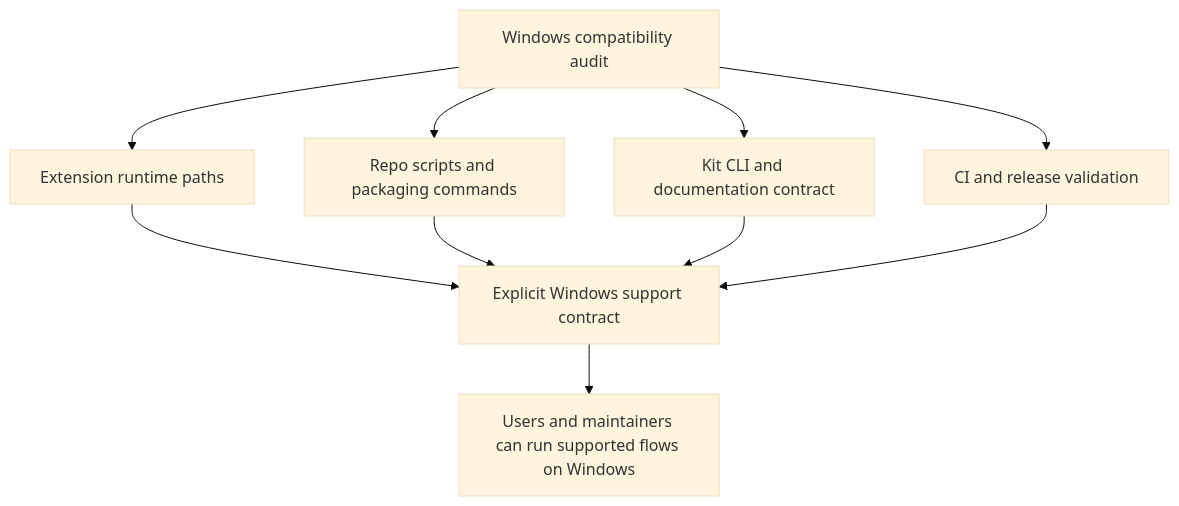
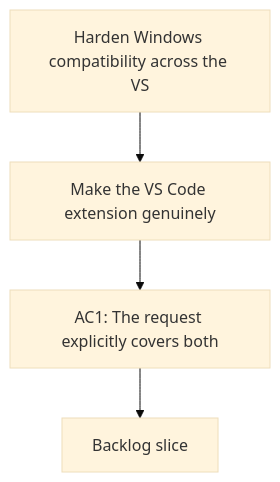
The diagram in logics/request/req_062_harden_windows_compatibility_across_the_vs_code_plugin_and_logics_kit.md (AlexAgo83/logics-manager), drawn with Mermaid (base theme) before and after one commit. The commit also changed 481 other files, not shown here.

````diff
--- a/logics/request/req_062_harden_windows_compatibility_across_the_vs_code_plugin_and_logics_kit.md
+++ b/logics/request/req_062_harden_windows_compatibility_across_the_vs_code_plugin_and_logics_kit.md
@@ -58,14 +58,8 @@
 ```mermaid
 %% logics-kind: request
 %% logics-signature: request|harden-windows-compatibility-across-the-|make-the-vs-code-extension-genuinely|ac1-the-request-explicitly-covers-both
 flowchart TD
-    Audit[Windows compatibility audit] --> Runtime[Extension runtime paths]
-    Audit --> Scripts[Repo scripts and packaging commands]
-    Audit --> Kit[Kit CLI and documentation contract]
-    Audit --> Validation[CI and release validation]
-    Runtime --> Contract[Explicit Windows support contract]
-    Scripts --> Contract
-    Kit --> Contract
-    Validation --> Contract
-    Contract --> Outcome[Users and maintainers can run supported flows on Windows]
+    Trigger[Harden Windows compatibility across the VS] --> Need[Make the VS Code extension genuinely]
+    Need --> Outcome[AC1: The request explicitly covers both]
+    Outcome --> Backlog[Backlog slice]
 ```
````
